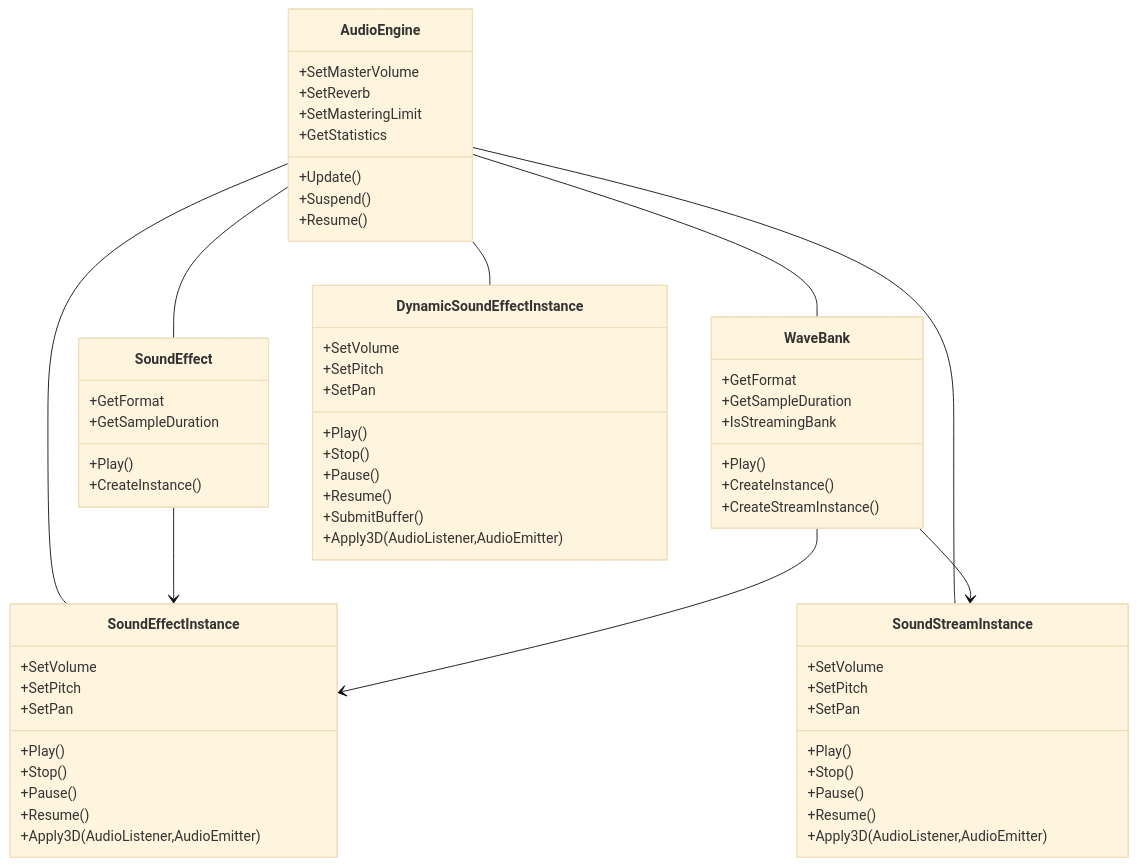
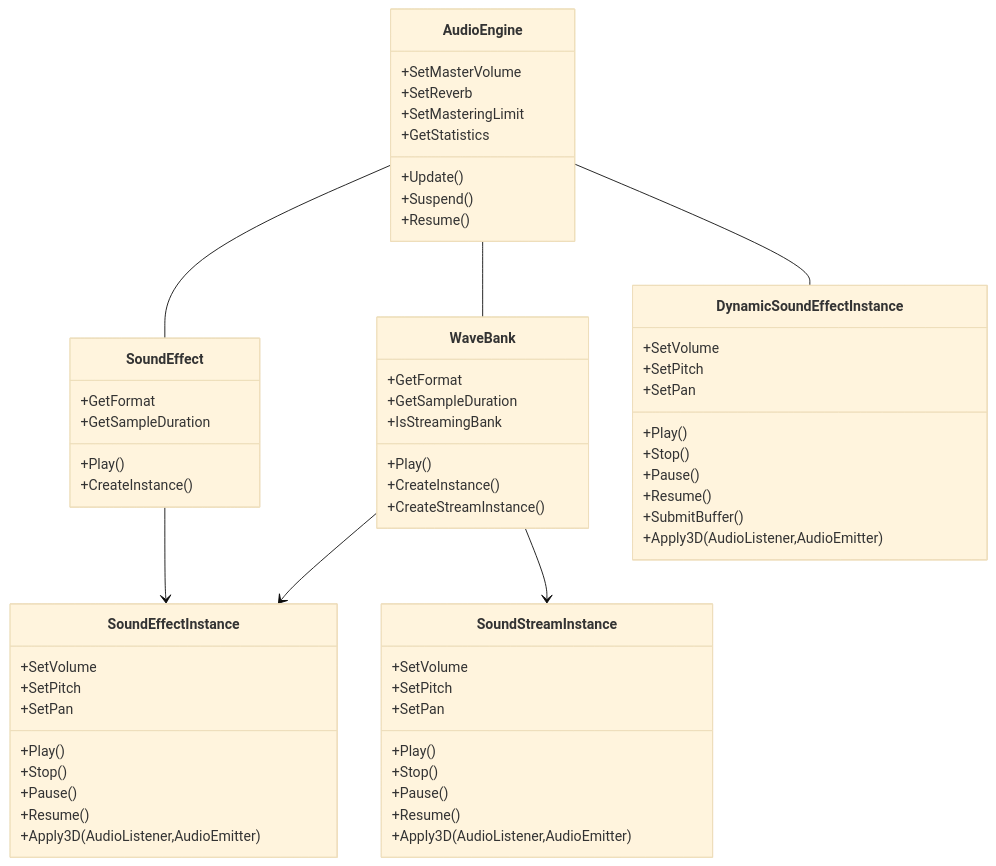
One commit to neogrammer/Wiki changed the first of 2 diagrams in Audio.md. Above: the diagram before and after it, drawn with Mermaid (base theme).

Commit message:
Updated Audio (markdown)

````diff
--- a/Audio.md
+++ b/Audio.md
@@ -18,65 +18,63 @@
 ```mermaid
 classDiagram
 class AudioEngine{
    +SetMasterVolume
    +SetReverb
    +SetMasteringLimit
    +GetStatistics
    +Update()
    +Suspend()
    +Resume()
 }
 class SoundEffect{
    +GetFormat
    +GetSampleDuration
    +Play()
    +CreateInstance()
 }
 class WaveBank{
    +GetFormat
    +GetSampleDuration
    +IsStreamingBank
    +Play()
    +CreateInstance()
    +CreateStreamInstance()
 }
 class SoundEffectInstance{
    +SetVolume
    +SetPitch
    +SetPan
    +Play()
    +Stop()
    +Pause()
    +Resume()
    +Apply3D(AudioListener,AudioEmitter)
 }
 class SoundStreamInstance{
    +SetVolume
    +SetPitch
    +SetPan
    +Play()
    +Stop()
    +Pause()
    +Resume()
    +Apply3D(AudioListener,AudioEmitter)
 }
 class DynamicSoundEffectInstance{
    +SetVolume
    +SetPitch
    +SetPan
    +Play()
    +Stop()
    +Pause()
    +Resume()
    +SubmitBuffer()
    +Apply3D(AudioListener,AudioEmitter)
 }
 AudioEngine -- SoundEffect
 AudioEngine -- WaveBank
-AudioEngine -- SoundEffectInstance
-AudioEngine -- SoundStreamInstance
 AudioEngine -- DynamicSoundEffectInstance
 SoundEffect --> SoundEffectInstance
 WaveBank --> SoundEffectInstance
 WaveBank --> SoundStreamInstance
 ```
````
